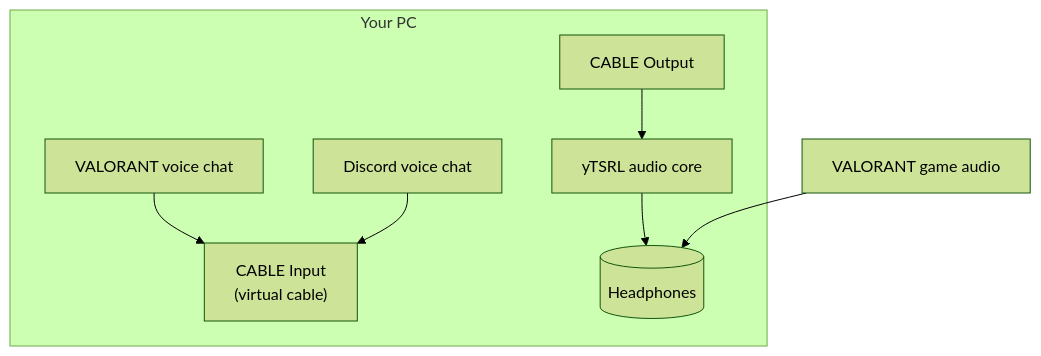
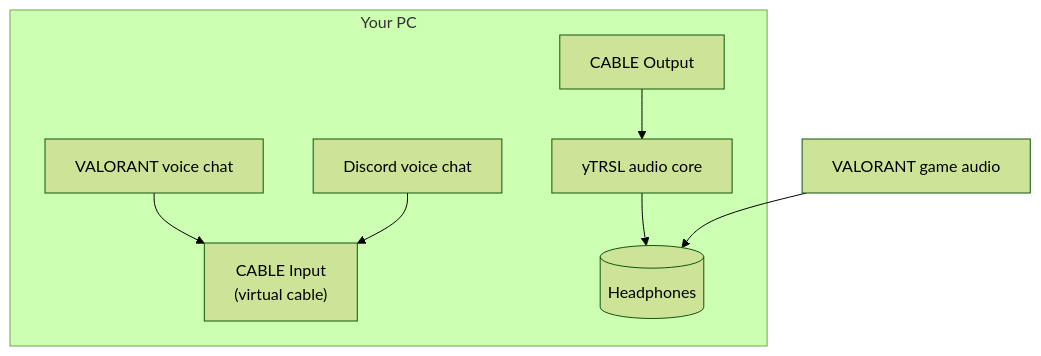
The second of 4 diagrams in README.md (jxstme22/ztrsl), drawn with Mermaid (forest theme) before and after one commit. The commit also changed other lines of this file and 16 other files, not shown here.

````diff
--- a/README.md
+++ b/README.md
@@ -171,10 +186,10 @@
 ```mermaid
 flowchart TB
   subgraph Your PC
     VC[VALORANT voice chat] --> CI["CABLE Input<br/>(virtual cable)"]
     DC[Discord voice chat] --> CI
-    CO["CABLE Output"] --> APP["yTSRL audio core"]
+    CO["CABLE Output"] --> APP["yTRSL audio core"]
     APP --> HP[("Headphones")]
   end
   GAME[VALORANT game audio] --> HP
 ```
````
